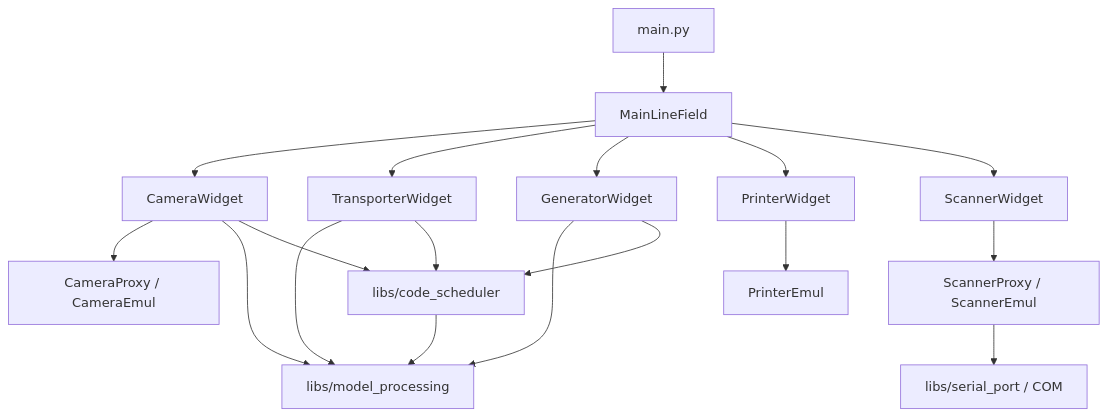
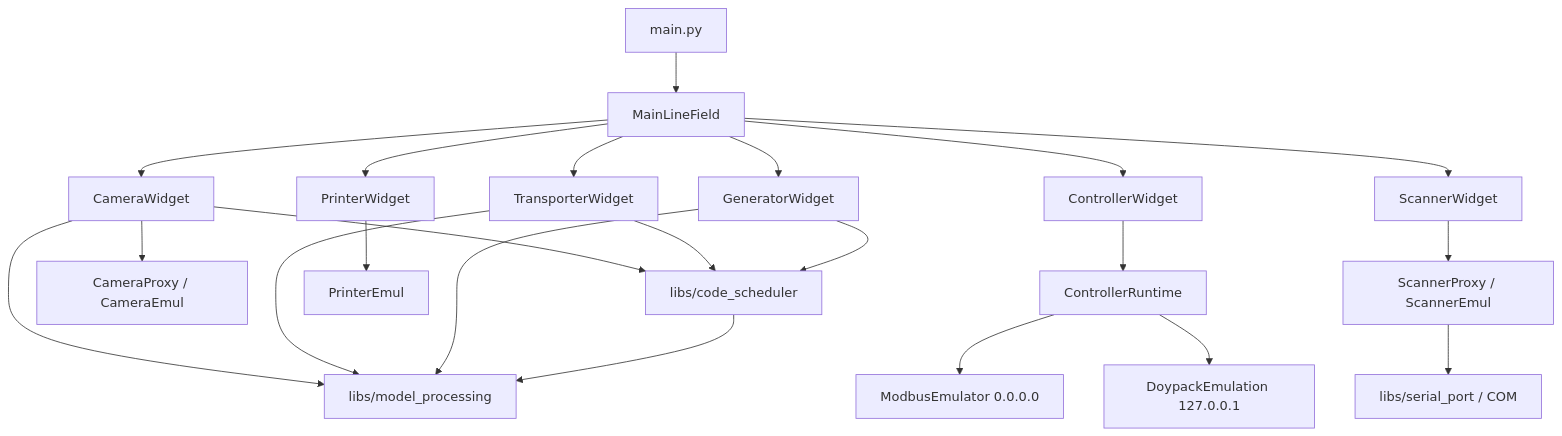
One commit to Kellerian/ProdLineVirt changed the first of 4 diagrams in docs/line_emulator/line_emulator.md. Above: the diagram before and after it, drawn with Mermaid. The commit also changed other lines of this file and 49 other files, not shown here.

````diff
--- a/docs/line_emulator/line_emulator.md
+++ b/docs/line_emulator/line_emulator.md
@@ -19,20 +19,24 @@
 ```mermaid
 flowchart TB
     main["main.py"] --> mlf["MainLineField"]
     mlf --> cam["CameraWidget"]
+    mlf --> ctl["ControllerWidget"]
+    ctl --> crun["ControllerRuntime"]
+    crun --> modbus["ModbusEmulator 0.0.0.0"]
+    crun --> doy["DoypackEmulation 127.0.0.1"]
     mlf --> trn["TransporterWidget"]
     mlf --> gen["GeneratorWidget"]
     mlf --> prn["PrinterWidget"]
     mlf --> scn["ScannerWidget"]
     cam --> proxy["CameraProxy / CameraEmul"]
     scn --> sproxy["ScannerProxy / ScannerEmul"]
     prn --> pemul["PrinterEmul"]
     sproxy --> serial["libs/serial_port / COM"]
     cam --> mp["libs/model_processing"]
     trn --> mp
     gen --> mp
     cam --> cs["libs/code_scheduler"]
     trn --> cs
     gen --> cs
     cs --> mp
 ```
````
